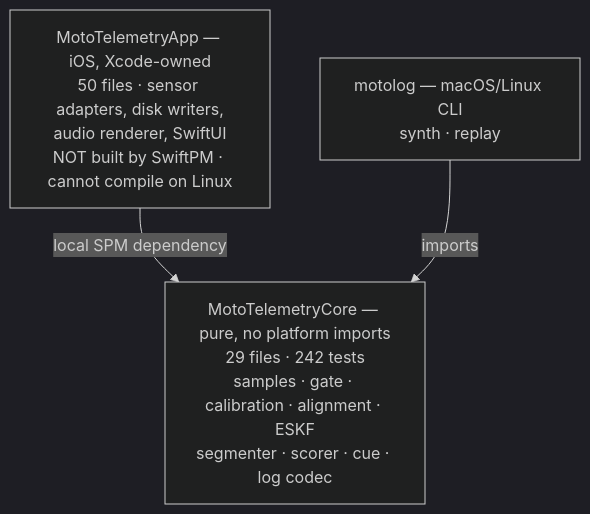
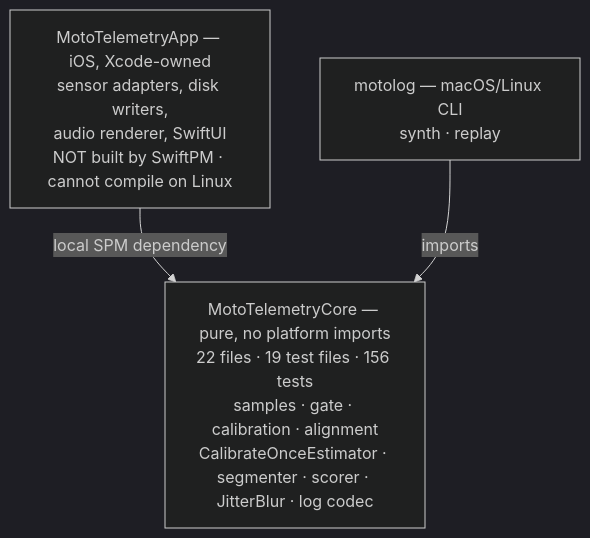
One commit to Adeesh-devanand/motorcycle-wheelie-app changed the first of 3 diagrams in docs/architecture.md. Above: the diagram before and after it, drawn with Mermaid (dark theme). The commit also changed other lines of this file and 36 other files, not shown here.

````diff
--- a/docs/architecture.md
+++ b/docs/architecture.md
@@ -23,8 +26,8 @@
 ```mermaid
 flowchart TD
-    APP["MotoTelemetryApp — iOS, Xcode-owned<br/>50 files · sensor adapters, disk writers,<br/>audio renderer, SwiftUI<br/>NOT built by SwiftPM · cannot compile on Linux"]
-    CORE["MotoTelemetryCore — pure, no platform imports<br/>29 files · 242 tests<br/>samples · gate · calibration · alignment · ESKF<br/>segmenter · scorer · cue · log codec"]
+    APP["MotoTelemetryApp — iOS, Xcode-owned<br/>sensor adapters, disk writers,<br/>audio renderer, SwiftUI<br/>NOT built by SwiftPM · cannot compile on Linux"]
+    CORE["MotoTelemetryCore — pure, no platform imports<br/>22 files · 19 test files · 156 tests<br/>samples · gate · calibration · alignment<br/>CalibrateOnceEstimator · segmenter · scorer · JitterBlur · log codec"]
     CLI["motolog — macOS/Linux CLI<br/>synth · replay"]
     APP -->|local SPM dependency| CORE
     CLI -->|imports| CORE
 ```
````
